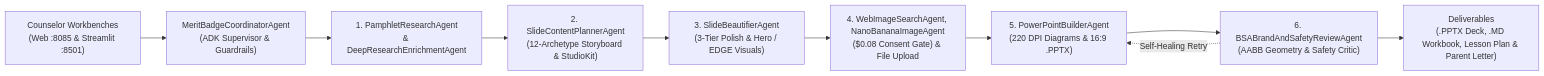
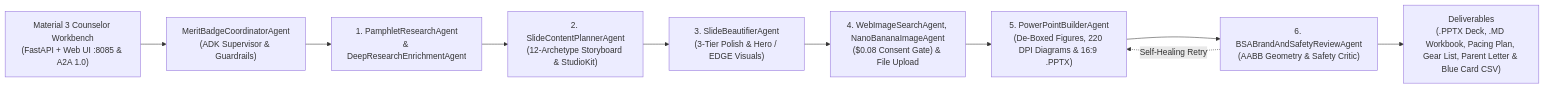
The diagram in README.md (clayberg/scouts-bsa-merit-badge-agent), drawn with Mermaid before and after one commit. The commit also changed other lines of this file and 35 other files, not shown here.

````diff
--- a/README.md
+++ b/README.md
@@ -227,12 +223,12 @@
 ```mermaid
 flowchart LR
-    UIs["Counselor Workbenches<br/>(Web :8085 & Streamlit :8501)"] --> Coord["MeritBadgeCoordinatorAgent<br/>(ADK Supervisor & Guardrails)"]
+    UIs["Material 3 Counselor Workbench<br/>(FastAPI + Web UI :8085 & A2A 1.0)"] --> Coord["MeritBadgeCoordinatorAgent<br/>(ADK Supervisor & Guardrails)"]
     Coord --> Res["1. PamphletResearchAgent<br/>& DeepResearchEnrichmentAgent"]
     Res --> Plan["2. SlideContentPlannerAgent<br/>(12-Archetype Storyboard & StudioKit)"]
     Plan --> Beau["3. SlideBeautifierAgent<br/>(3-Tier Polish & Hero / EDGE Visuals)"]
     Beau --> ImgStudio["4. WebImageSearchAgent, NanoBananaImageAgent<br/>($0.08 Consent Gate) & File Upload"]
-    ImgStudio --> Build["5. PowerPointBuilderAgent<br/>(220 DPI Diagrams & 16:9 .PPTX)"]
+    ImgStudio --> Build["5. PowerPointBuilderAgent<br/>(De-Boxed Figures, 220 DPI Diagrams & 16:9 .PPTX)"]
     Build --> Rev["6. BSABrandAndSafetyReviewAgent<br/>(AABB Geometry & Safety Critic)"]
     Rev -.->|"Self-Healing Retry"| Build
-    Rev --> Out["Deliverables<br/>(.PPTX Deck, .MD Workbook, Lesson Plan & Parent Letter)"]
+    Rev --> Out["Deliverables<br/>(.PPTX Deck, .MD Workbook, Pacing Plan, Gear List, Parent Letter & Blue Card CSV)"]
 ```
````
